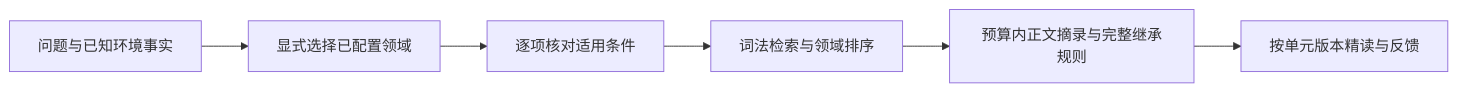
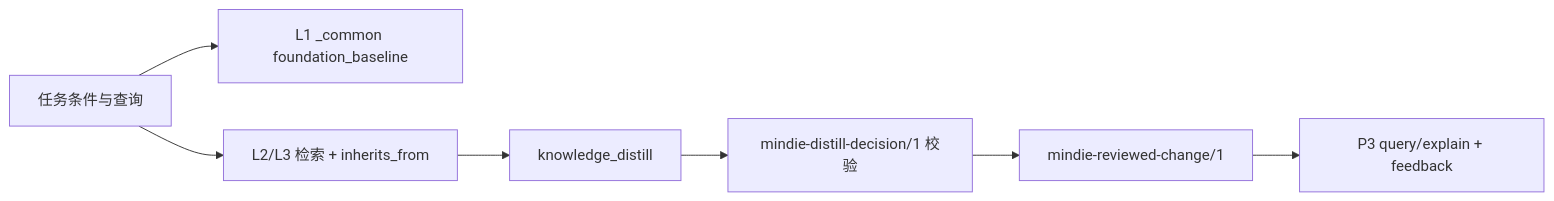
Before and after one commit to grandolantow/mindie-agent: the diagram in docs/knowledge-system.md, drawn with Mermaid. The commit also changed other lines of this file and 1 other file, not shown here.

Commit message:
docs: wire L1/L2 foundation baseline, L3 Hermes workflow, and L4 RSI loop into 0.0.3 architecture

````diff
--- a/docs/knowledge-system.md
+++ b/docs/knowledge-system.md
@@ -37,8 +86,9 @@
 ```mermaid
 flowchart LR
-    Q["问题与已知环境事实"] --> D["显式选择已配置领域"]
-    D --> C["逐项核对适用条件"]
-    C --> R["词法检索与领域排序"]
-    R --> B["预算内正文摘录与完整继承规则"]
-    B --> E["按单元版本精读与反馈"]
+    Q["任务条件与查询"] --> F["L1 _common foundation_baseline"]
+    Q --> R["L2/L3 检索 + inherits_from"]
+    R --> H["knowledge_distill"]
+    H --> V["mindie-distill-decision/1 校验"]
+    V --> C["mindie-reviewed-change/1"]
+    C --> P3["P3 query/explain + feedback"]
 ```
````
